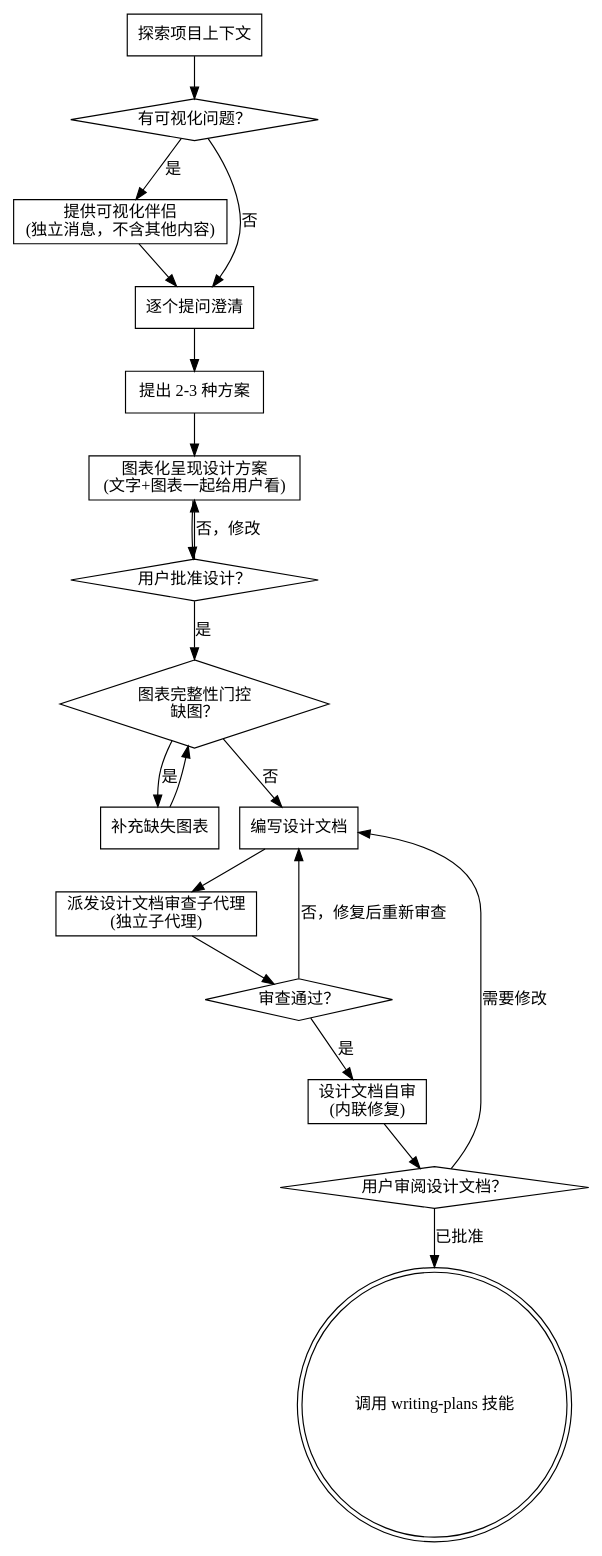
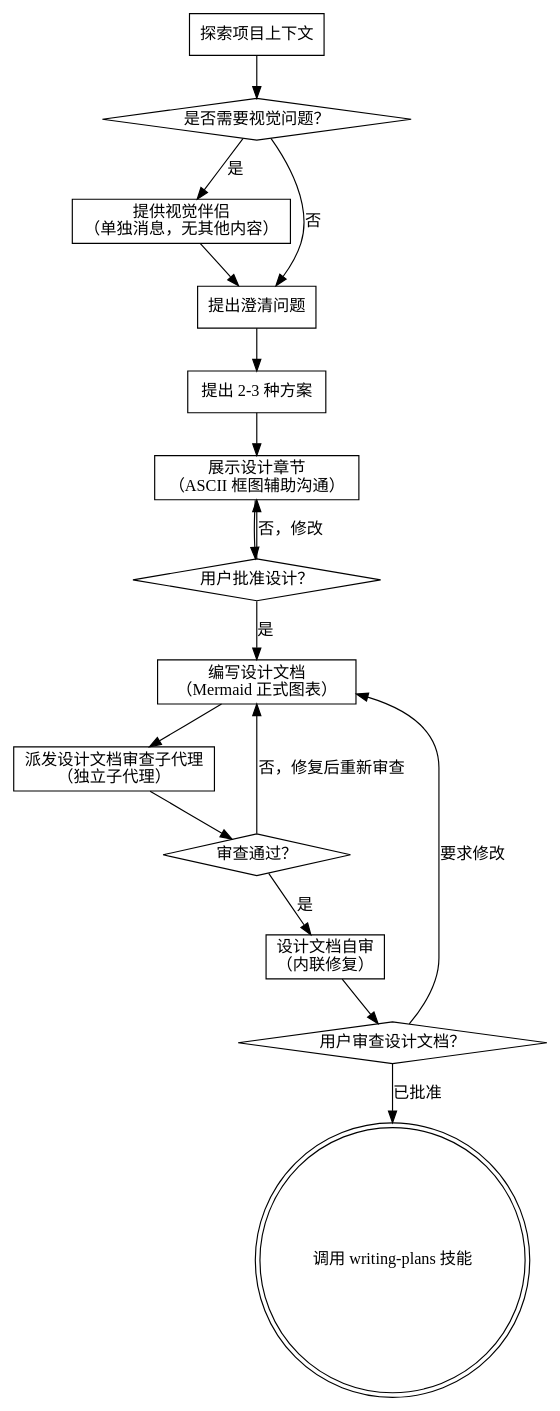
One commit to Geek-Bob/SuperpowersLite changed the diagram in skills/brainstorming/SKILL.md. Above: the diagram before and after it, drawn with Graphviz. The commit also changed other lines of this file and 1 other file, not shown here.

First line of the commit message:
refactor: 融合官方展示设计 + ASCII/Mermaid 两阶段图表策略

````diff
--- a/skills/brainstorming/SKILL.md
+++ b/skills/brainstorming/SKILL.md
@@ -42,39 +41,34 @@
 ```dot
 digraph brainstorming {
     "探索项目上下文" [shape=box];
-    "有可视化问题？" [shape=diamond];
-    "提供可视化伴侣\n(独立消息，不含其他内容)" [shape=box];
-    "逐个提问澄清" [shape=box];
+    "是否需要视觉问题？" [shape=diamond];
+    "提供视觉伴侣\n（单独消息，无其他内容）" [shape=box];
+    "提出澄清问题" [shape=box];
     "提出 2-3 种方案" [shape=box];
-    "图表化呈现设计方案\n(文字+图表一起给用户看)" [shape=box];
+    "展示设计章节\n（ASCII 框图辅助沟通）" [shape=box];
     "用户批准设计？" [shape=diamond];
-    "图表完整性门控\n缺图？" [shape=diamond];
-    "补充缺失图表" [shape=box];
-    "编写设计文档" [shape=box];
-    "派发设计文档审查子代理\n(独立子代理)" [shape=box];
+    "编写设计文档\n（Mermaid 正式图表）" [shape=box];
+    "派发设计文档审查子代理\n（独立子代理）" [shape=box];
     "审查通过？" [shape=diamond];
-    "设计文档自审\n(内联修复)" [shape=box];
-    "用户审阅设计文档？" [shape=diamond];
+    "设计文档自审\n（内联修复）" [shape=box];
+    "用户审查设计文档？" [shape=diamond];
     "调用 writing-plans 技能" [shape=doublecircle];
 
-    "探索项目上下文" -> "有可视化问题？";
-    "有可视化问题？" -> "提供可视化伴侣\n(独立消息，不含其他内容)" [label="是"];
-    "有可视化问题？" -> "逐个提问澄清" [label="否"];
-    "提供可视化伴侣\n(独立消息，不含其他内容)" -> "逐个提问澄清";
-    "逐个提问澄清" -> "提出 2-3 种方案";
-    "提出 2-3 种方案" -> "图表化呈现设计方案\n(文字+图表一起给用户看)";
-    "图表化呈现设计方案\n(文字+图表一起给用户看)" -> "用户批准设计？";
-    "用户批准设计？" -> "图表化呈现设计方案\n(文字+图表一起给用户看)" [label="否，修改"];
-    "用户批准设计？" -> "图表完整性门控\n缺图？" [label="是"];
-    "图表完整性门控\n缺图？" -> "补充缺失图表" [label="是"];
-    "补充缺失图表" -> "图表完整性门控\n缺图？";
-    "图表完整性门控\n缺图？" -> "编写设计文档" [label="否"];
-    "编写设计文档" -> "派发设计文档审查子代理\n(独立子代理)";
-    "派发设计文档审查子代理\n(独立子代理)" -> "审查通过？";
-    "审查通过？" -> "设计文档自审\n(内联修复)" [label="是"];
-    "审查通过？" -> "编写设计文档" [label="否，修复后重新审查"];
-    "设计文档自审\n(内联修复)" -> "用户审阅设计文档？";
-    "用户审阅设计文档？" -> "编写设计文档" [label="需要修改"];
-    "用户审阅设计文档？" -> "调用 writing-plans 技能" [label="已批准"];
+    "探索项目上下文" -> "是否需要视觉问题？";
+    "是否需要视觉问题？" -> "提供视觉伴侣\n（单独消息，无其他内容）" [label="是"];
+    "是否需要视觉问题？" -> "提出澄清问题" [label="否"];
+    "提供视觉伴侣\n（单独消息，无其他内容）" -> "提出澄清问题";
+    "提出澄清问题" -> "提出 2-3 种方案";
+    "提出 2-3 种方案" -> "展示设计章节\n（ASCII 框图辅助沟通）";
+    "展示设计章节\n（ASCII 框图辅助沟通）" -> "用户批准设计？";
+    "用户批准设计？" -> "展示设计章节\n（ASCII 框图辅助沟通）" [label="否，修改"];
+    "用户批准设计？" -> "编写设计文档\n（Mermaid 正式图表）" [label="是"];
+    "编写设计文档\n（Mermaid 正式图表）" -> "派发设计文档审查子代理\n（独立子代理）";
+    "派发设计文档审查子代理\n（独立子代理）" -> "审查通过？";
+    "审查通过？" -> "设计文档自审\n（内联修复）" [label="是"];
+    "审查通过？" -> "编写设计文档\n（Mermaid 正式图表）" [label="否，修复后重新审查"];
+    "设计文档自审\n（内联修复）" -> "用户审查设计文档？";
+    "用户审查设计文档？" -> "编写设计文档\n（Mermaid 正式图表）" [label="要求修改"];
+    "用户审查设计文档？" -> "调用 writing-plans 技能" [label="已批准"];
 }
 ```
````
